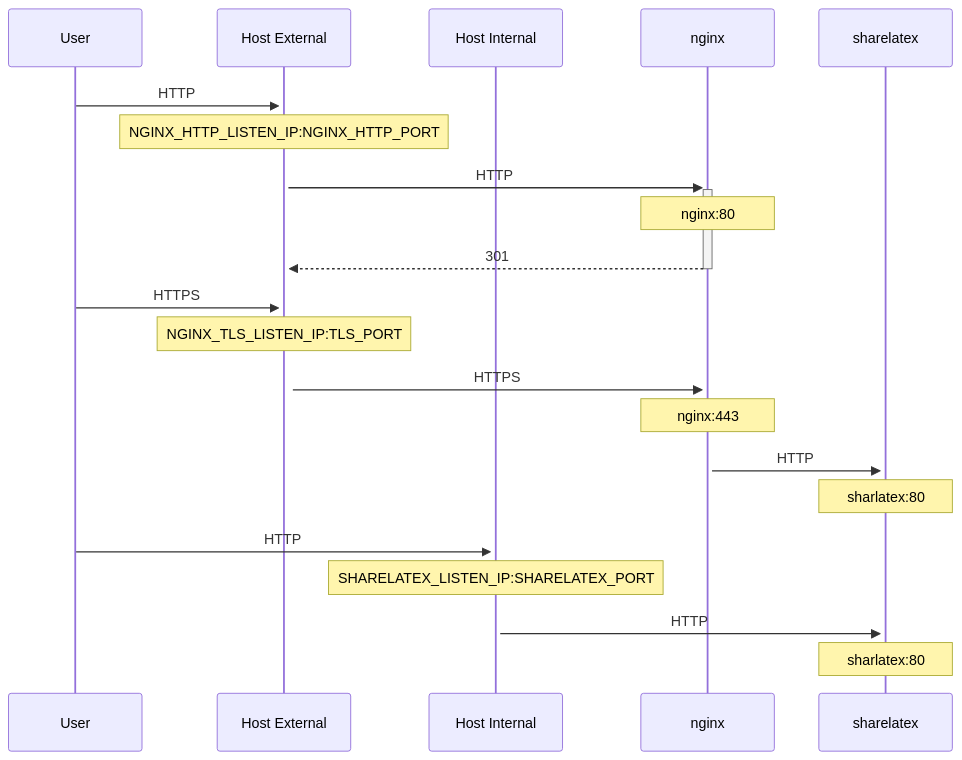
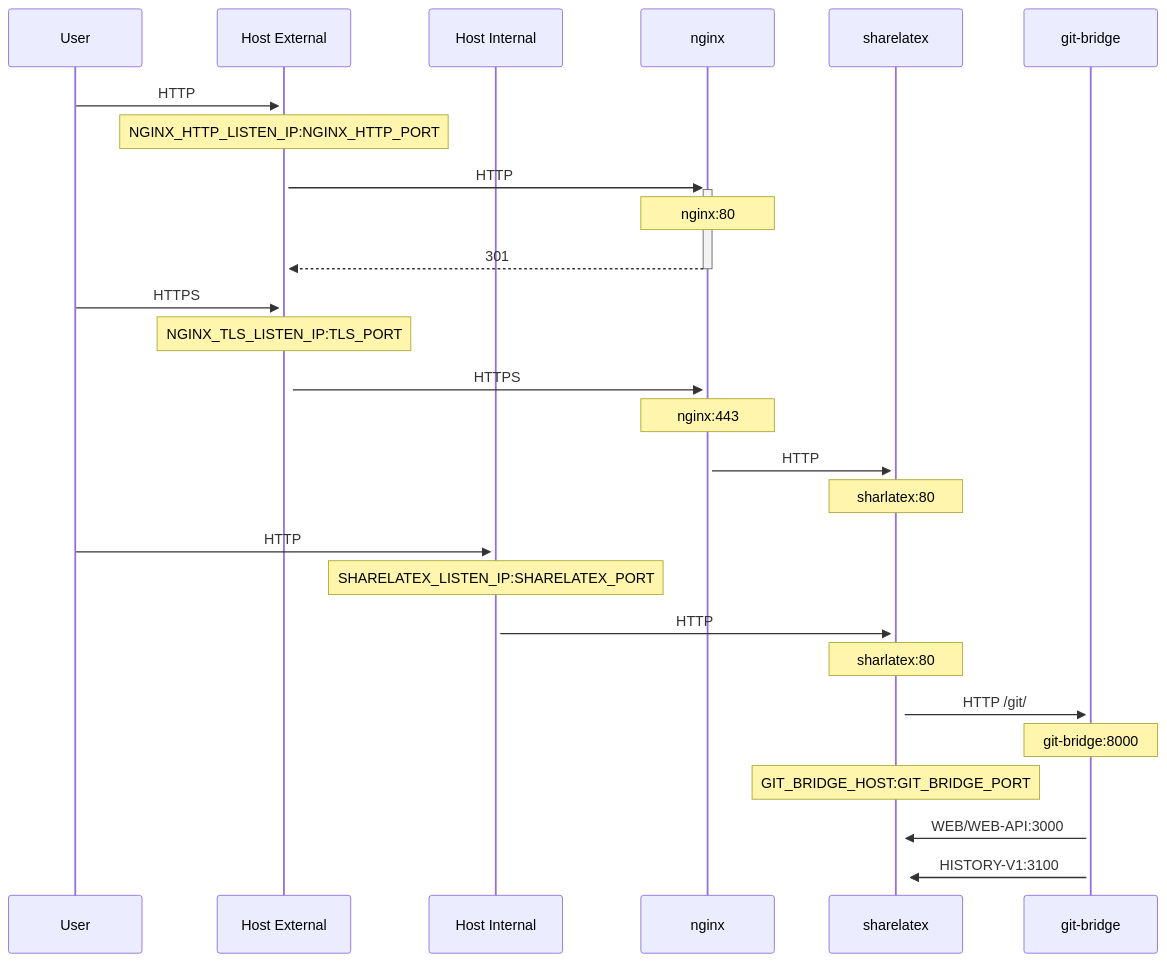
One commit to mlevans0/overleaf-server-docs changed the diagram in docs/configuration/tls-proxy.md. Above: the diagram before and after it, drawn with Mermaid. The commit also changed other lines of this file and 14 other files, not shown here.

````diff
--- a/docs/configuration/tls-proxy.md
+++ b/docs/configuration/tls-proxy.md
@@ -31,26 +31,33 @@
 ```mermaid
 sequenceDiagram
     participant user as User
     participant external as Host External
     participant internal as Host Internal
     participant nginx as nginx
     participant sharelatex as sharelatex
+    participant git-bridge as git-bridge
     %% User connects to external host HTTP
     user->>+ external: HTTP
     note over external: NGINX_HTTP_LISTEN_IP:NGINX_HTTP_PORT
     external->>+ nginx: HTTP
     note over nginx: nginx:80
     nginx-->>-external: 301
     %% User connects to external host HTTPS
     user->>+ external: HTTPS 
     note over external: NGINX_TLS_LISTEN_IP:TLS_PORT
     external->>+ nginx: HTTPS
     note over nginx: nginx:443
     nginx->>+ sharelatex: HTTP
     note over sharelatex: sharlatex:80
     %% User connects to localhost HTTP
     user->>+ internal: HTTP
     note over internal: SHARELATEX_LISTEN_IP:SHARELATEX_PORT
     internal->>+sharelatex: HTTP
     note over sharelatex: sharlatex:80
+    %% sharelatex connects to git-bridge
+    sharelatex->>+git-bridge: HTTP /git/
+    note over git-bridge: git-bridge:8000
+    note over sharelatex: GIT_BRIDGE_HOST:GIT_BRIDGE_PORT
+    git-bridge->>+sharelatex: WEB/WEB-API:3000
+    git-bridge->>+sharelatex: HISTORY-V1:3100
 ```
````
